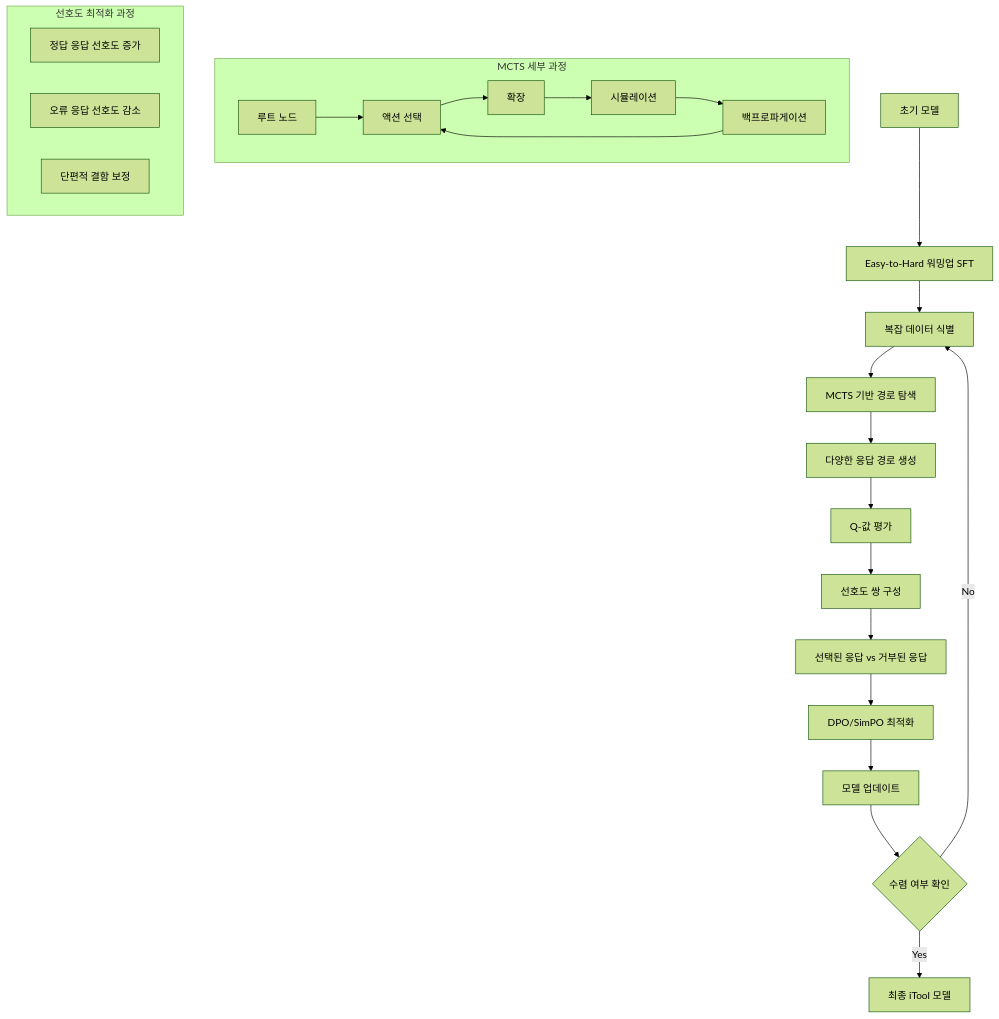
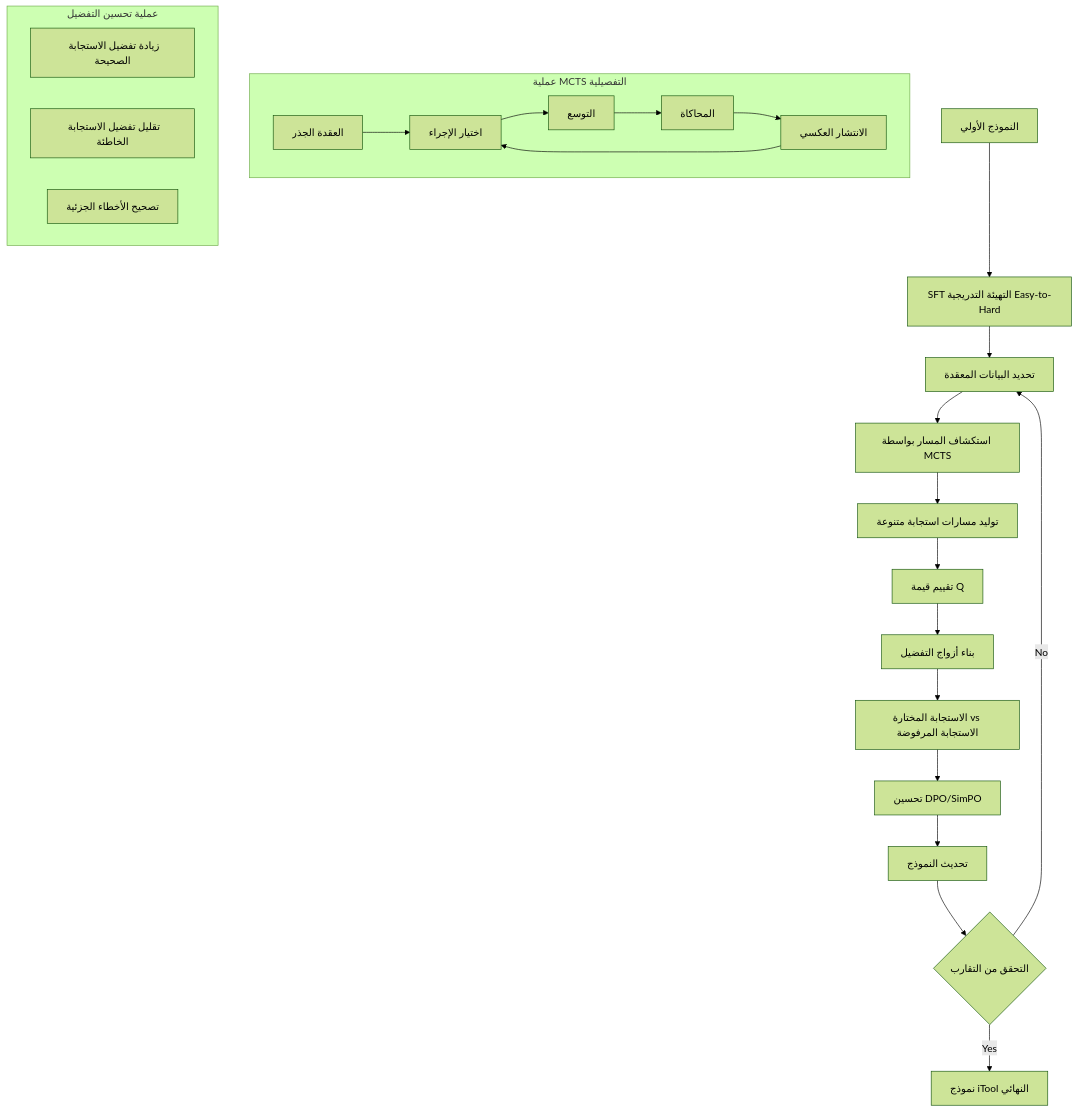
One commit to ThakiCloud/thakicloud.github.io changed the diagram in _posts/ar/research/2025-08-21-itool-reinforced-fine-tuning-tool-use-research.md. Above: the diagram before and after it, drawn with Mermaid (forest theme). The commit also changed 21 other files, not shown here.

First line of the commit message:
fix(blog): translate mermaid labels to post language (en/ar)

````diff
--- a/_posts/ar/research/2025-08-21-itool-reinforced-fine-tuning-tool-use-research.md
+++ b/_posts/ar/research/2025-08-21-itool-reinforced-fine-tuning-tool-use-research.md
@@ -156,29 +156,29 @@
 ```mermaid
 graph TD
-    A[초기 모델] --> B[Easy-to-Hard 워밍업 SFT]
-    B --> C[복잡 데이터 식별]
-    C --> D[MCTS 기반 경로 탐색]
-    D --> E[다양한 응답 경로 생성]
-    E --> F[Q-값 평가]
-    F --> G[선호도 쌍 구성]
-    G --> H[선택된 응답 vs 거부된 응답]
-    H --> I[DPO/SimPO 최적화]
-    I --> J[모델 업데이트]
-    J --> K{수렴 여부 확인}
+    A[النموذج الأولي] --> B[SFT التهيئة التدريجية Easy-to-Hard]
+    B --> C[تحديد البيانات المعقدة]
+    C --> D[استكشاف المسار بواسطة MCTS]
+    D --> E[توليد مسارات استجابة متنوعة]
+    E --> F[تقييم قيمة Q]
+    F --> G[بناء أزواج التفضيل]
+    G --> H[الاستجابة المختارة vs الاستجابة المرفوضة]
+    H --> I[تحسين DPO/SimPO]
+    I --> J[تحديث النموذج]
+    J --> K{التحقق من التقارب}
     K -->|No| C
-    K -->|Yes| L[최종 iTool 모델]
+    K -->|Yes| L[نموذج iTool النهائي]
     
-    subgraph "MCTS 세부 과정"
-        D1[루트 노드] --> D2[액션 선택]
-        D2 --> D3[확장]
-        D3 --> D4[시뮬레이션]
-        D4 --> D5[백프로파게이션]
+    subgraph "عملية MCTS التفصيلية"
+        D1[العقدة الجذر] --> D2[اختيار الإجراء]
+        D2 --> D3[التوسع]
+        D3 --> D4[المحاكاة]
+        D4 --> D5[الانتشار العكسي]
         D5 --> D2
     end
     
-    subgraph "선호도 최적화 과정"
-        I1[정답 응답 선호도 증가]
-        I2[오류 응답 선호도 감소]
-        I3[단편적 결함 보정]
+    subgraph "عملية تحسين التفضيل"
+        I1[زيادة تفضيل الاستجابة الصحيحة]
+        I2[تقليل تفضيل الاستجابة الخاطئة]
+        I3[تصحيح الأخطاء الجزئية]
     end
 ```
````
